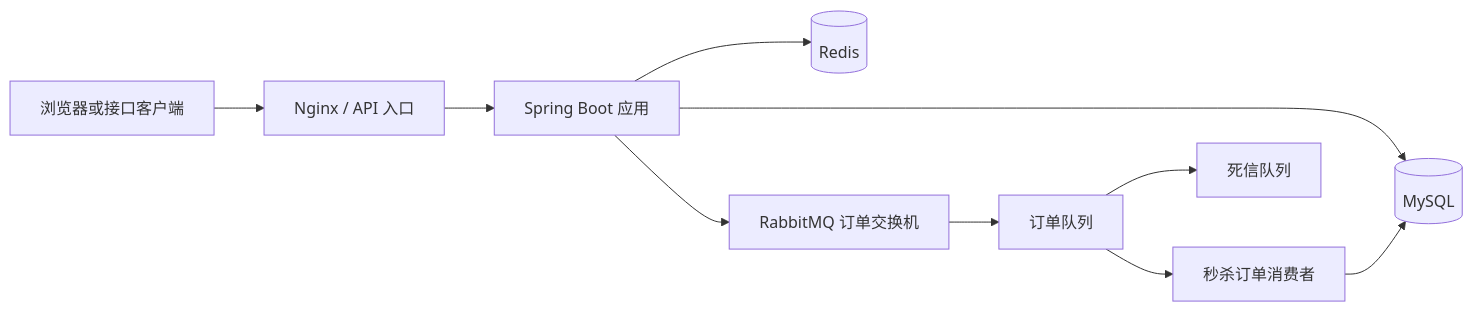
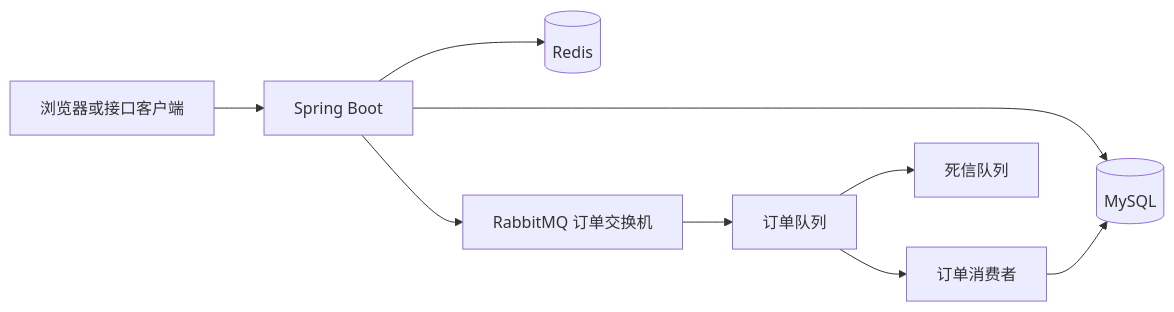
One commit to guowenhaozz/life-selection changed the diagram in README.md. Above: the diagram before and after it, drawn with Mermaid. The commit also changed other lines of this file, not shown here.

````diff
--- a/README.md
+++ b/README.md
@@ -11,12 +22,11 @@
 ```mermaid
 flowchart LR
-    Client[浏览器或接口客户端] --> Gateway[Nginx / API 入口]
-    Gateway --> App[Spring Boot 应用]
+    Client[浏览器或接口客户端] --> App[Spring Boot]
     App --> Redis[(Redis)]
     App --> MySQL[(MySQL)]
-    App --> MQ[RabbitMQ 订单交换机]
-    MQ --> Queue[订单队列]
-    Queue --> Consumer[秒杀订单消费者]
+    App --> Exchange[RabbitMQ 订单交换机]
+    Exchange --> Queue[订单队列]
+    Queue --> Consumer[订单消费者]
     Consumer --> MySQL
     Queue --> DLQ[死信队列]
 ```
````
